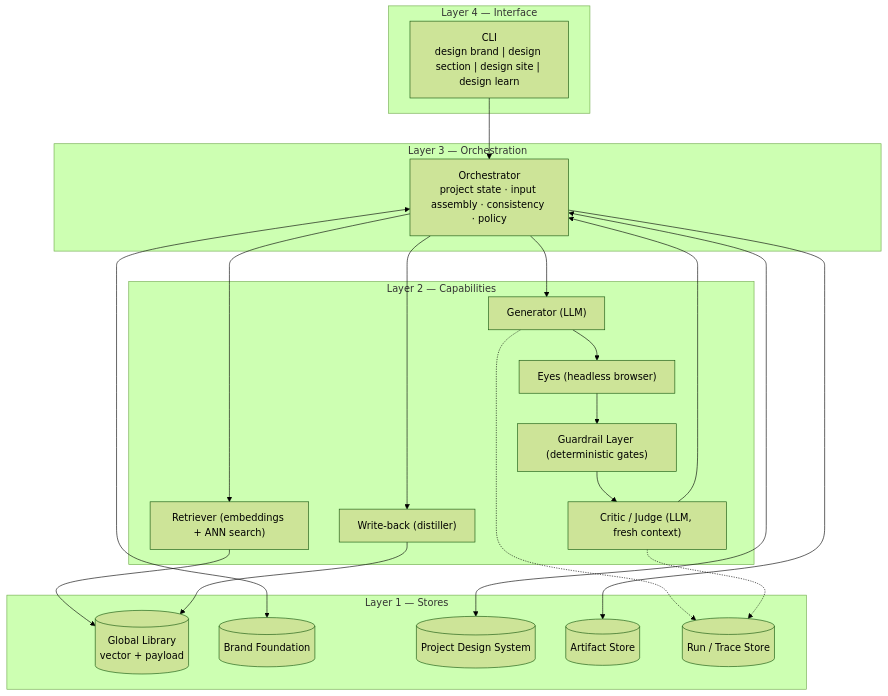
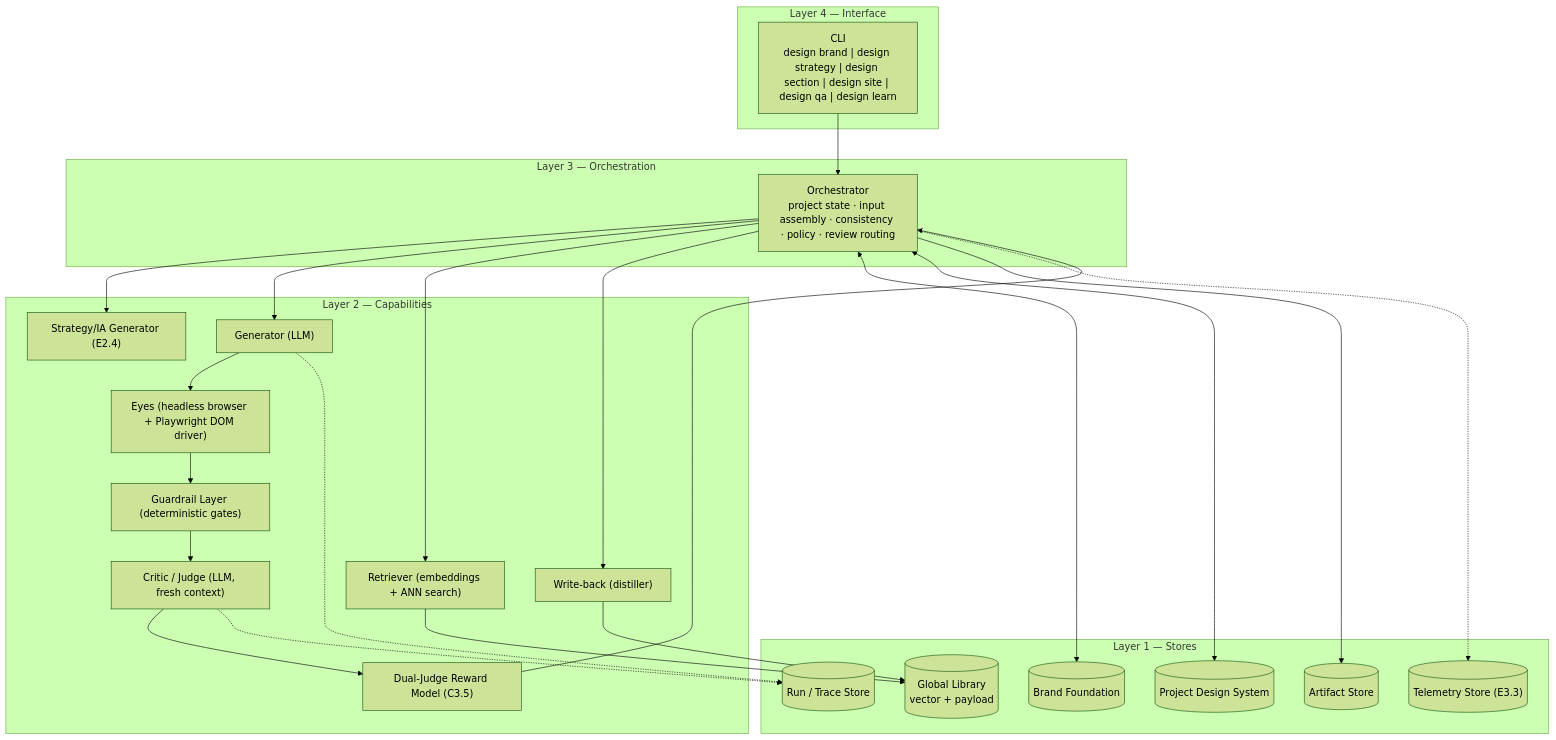
One commit to dev8xofficial/TroopHunter changed the first of 2 diagrams in future-pipeline/autonomous-design-engine/spec/02-architecture.md. Above: the diagram before and after it, drawn with Mermaid (forest theme). The commit also changed other lines of this file and 139 other files, not shown here.

````diff
--- a/future-pipeline/autonomous-design-engine/spec/02-architecture.md
+++ b/future-pipeline/autonomous-design-engine/spec/02-architecture.md
@@ -11,34 +11,39 @@
 ```mermaid
 flowchart TB
     subgraph L4["Layer 4 — Interface"]
-        CLI["CLI\ndesign brand | design section | design site | design learn"]
+        CLI["CLI\ndesign brand | design strategy | design section | design site | design qa | design learn"]
     end
     subgraph L3["Layer 3 — Orchestration"]
-        ORCH["Orchestrator\nproject state · input assembly · consistency · policy"]
+        ORCH["Orchestrator\nproject state · input assembly · consistency · policy · review routing"]
     end
     subgraph L2["Layer 2 — Capabilities"]
+        STRAT["Strategy/IA Generator (E2.4)"]
         GEN["Generator (LLM)"]
         CRIT["Critic / Judge (LLM, fresh context)"]
-        EYES["Eyes (headless browser)"]
+        RM["Dual-Judge Reward Model (C3.5)"]
+        EYES["Eyes (headless browser + Playwright DOM driver)"]
         GUARD["Guardrail Layer (deterministic gates)"]
         RET["Retriever (embeddings + ANN search)"]
         WB["Write-back (distiller)"]
     end
     subgraph L1["Layer 1 — Stores"]
         LIB[("Global Library\nvector + payload")]
         BRAND[("Brand Foundation")]
         PDS[("Project Design System")]
         ART[("Artifact Store")]
         TRACE[("Run / Trace Store")]
+        TEL[("Telemetry Store (E3.3)")]
     end
 
     CLI --> ORCH
-    ORCH --> GEN --> EYES --> GUARD --> CRIT --> ORCH
+    ORCH --> STRAT
+    ORCH --> GEN --> EYES --> GUARD --> CRIT --> RM --> ORCH
     ORCH --> RET --> LIB
     ORCH --> WB --> LIB
     ORCH <--> BRAND
     ORCH <--> PDS
     ORCH --> ART
     GEN -.-> TRACE
     CRIT -.-> TRACE
+    ORCH -.-> TEL
 ```
````
